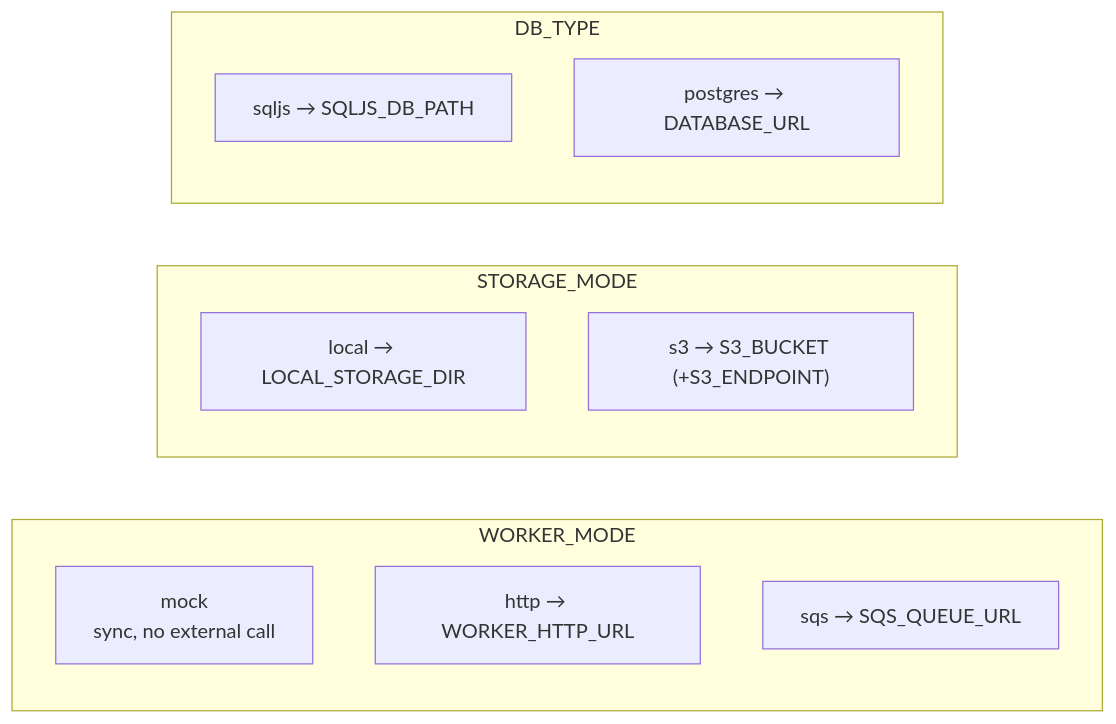
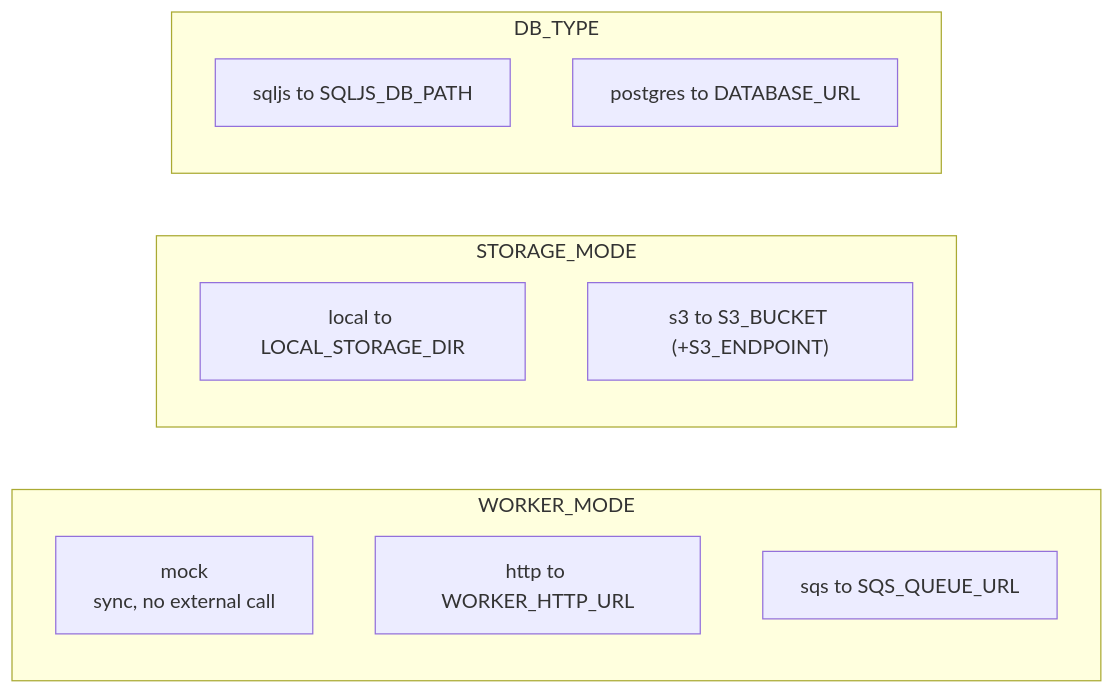
One commit to cubito1080/orcherstrator_wholeFoods changed the second of 2 diagrams in docs/CONFIGURATION.md. Above: the diagram before and after it, drawn with Mermaid. The commit also changed other lines of this file and 9 other files, not shown here.

````diff
--- a/docs/CONFIGURATION.md
+++ b/docs/CONFIGURATION.md
@@ -117,16 +117,16 @@
 ```mermaid
 flowchart LR
     subgraph W[WORKER_MODE]
         w1["mock<br/>sync, no external call"]
-        w2["http → WORKER_HTTP_URL"]
-        w3["sqs → SQS_QUEUE_URL"]
+        w2["http to WORKER_HTTP_URL"]
+        w3["sqs to SQS_QUEUE_URL"]
     end
     subgraph S[STORAGE_MODE]
-        s1["local → LOCAL_STORAGE_DIR"]
-        s2["s3 → S3_BUCKET (+S3_ENDPOINT)"]
+        s1["local to LOCAL_STORAGE_DIR"]
+        s2["s3 to S3_BUCKET (+S3_ENDPOINT)"]
     end
     subgraph D[DB_TYPE]
-        d1["sqljs → SQLJS_DB_PATH"]
-        d2["postgres → DATABASE_URL"]
+        d1["sqljs to SQLJS_DB_PATH"]
+        d2["postgres to DATABASE_URL"]
     end
 ```
````
